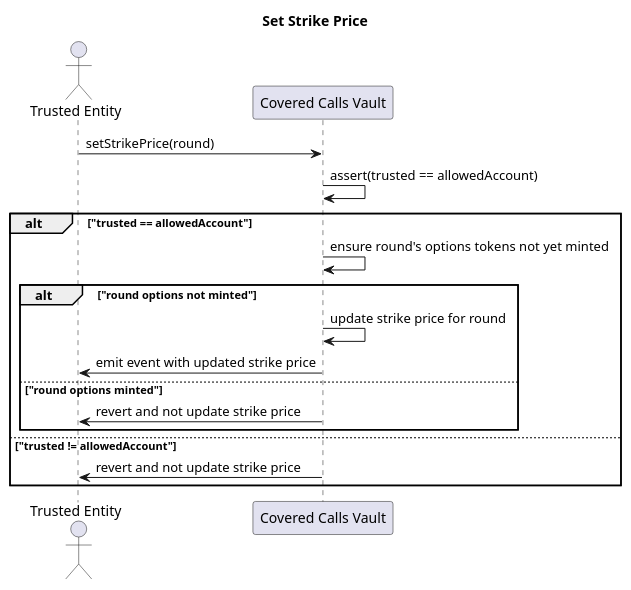
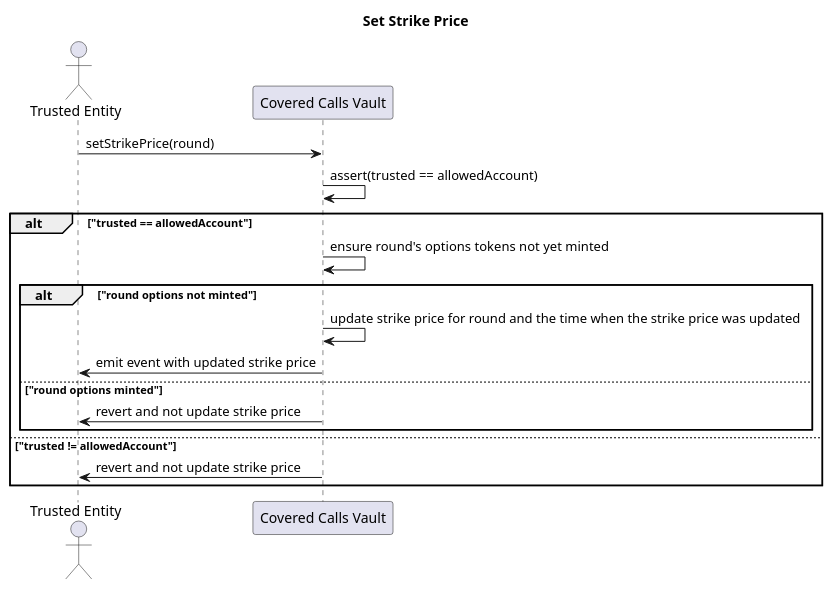
Before and after one commit to codebuster22/specifications: the diagram in diagrams/src/set-strike-price.puml, drawn with PlantUML. The commit also changed 2 other files, not shown here.

Commit message:
feat: add uml for minting options token

```diff
--- a/diagrams/src/set-strike-price.puml
+++ b/diagrams/src/set-strike-price.puml
@@ -1,22 +1,22 @@
 @startuml "set-strike-price"
 
 title "Set Strike Price"
 
 actor "Trusted Entity" as trusted
 participant "Covered Calls Vault" as vault
 
 trusted -> vault: setStrikePrice(round)
 vault -> vault: assert(trusted == allowedAccount)
 alt "trusted == allowedAccount"
     vault -> vault: ensure round's options tokens not yet minted
     alt "round options not minted"
-        vault -> vault: update strike price for round
+        vault -> vault: update strike price for round and the time when the strike price was updated
         vault -> trusted: emit event with updated strike price
     else "round options minted"
         vault -> trusted: revert and not update strike price
     end
 else "trusted != allowedAccount"
     vault -> trusted: revert and not update strike price
 end
 
 @enduml
```
